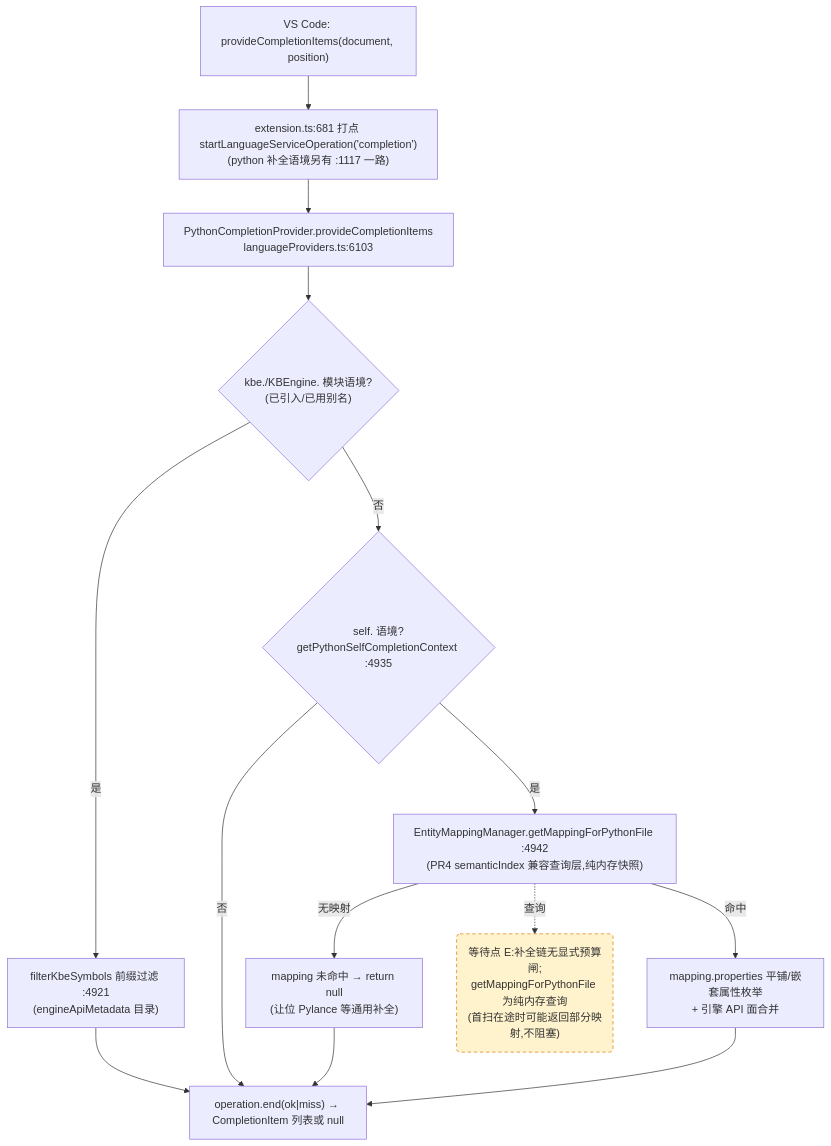
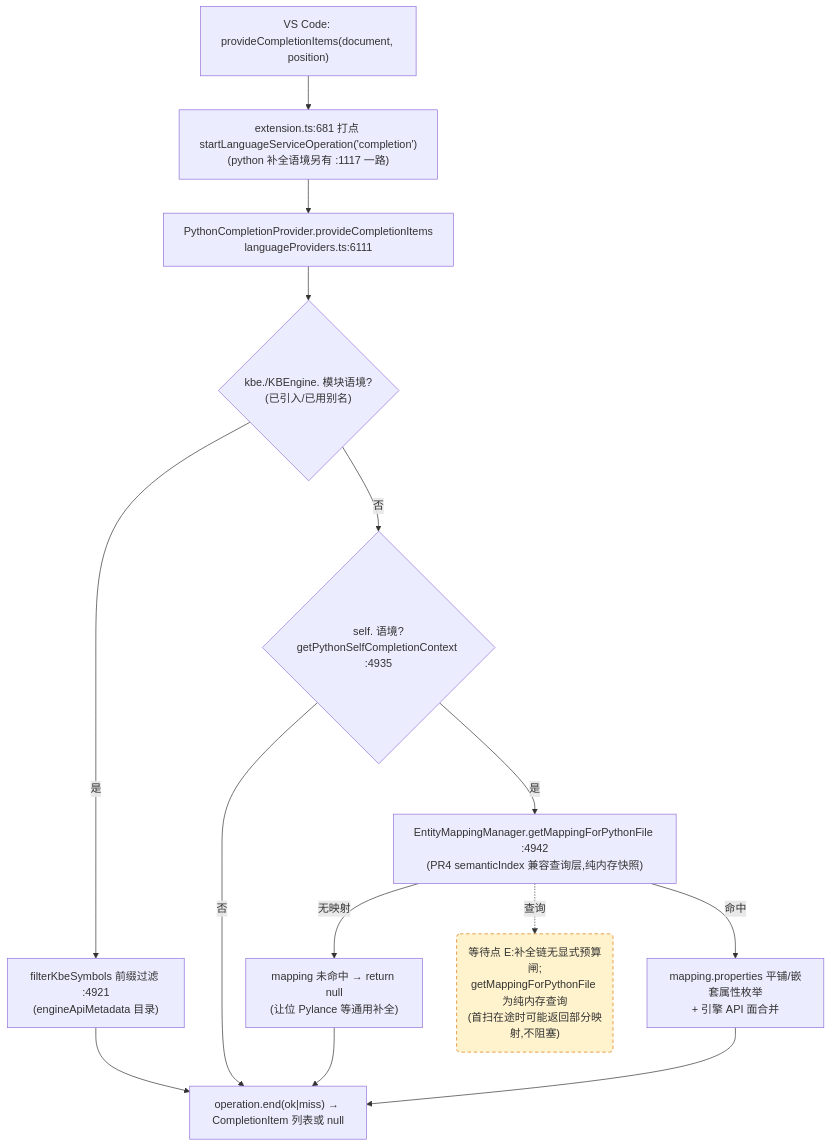
The third of 4 diagrams in docs/perf/2026-baseline.md (cuihairu/kode), drawn with Mermaid before and after one commit. The commit also changed other lines of this file and 4 other files, not shown here.

````diff
--- a/docs/perf/2026-baseline.md
+++ b/docs/perf/2026-baseline.md
@@ -184,27 +184,27 @@
 ```mermaid
 flowchart TD
   VC3["VS Code: provideCompletionItems(document, position)"]
   M3["extension.ts:681 打点 startLanguageServiceOperation('completion')<br/>(python 补全语境另有 :1117 一路)"]
-  CP["PythonCompletionProvider.provideCompletionItems<br/>languageProviders.ts:6103"]
+  CP["PythonCompletionProvider.provideCompletionItems<br/>languageProviders.ts:6111"]
   KBEC{"kbe./KBEngine. 模块语境?<br/>(已引入/已用别名)"}
   FILTER["filterKbeSymbols 前缀过滤 :4921<br/>(engineApiMetadata 目录)"]
   SELFC{"self. 语境?<br/>getPythonSelfCompletionContext :4935"}
   MAP["EntityMappingManager.getMappingForPythonFile :4942<br/>(PR4 semanticIndex 兼容查询层,纯内存快照)"]
   NOMAP["mapping 未命中 → return null<br/>(让位 Pylance 等通用补全)"]
   PROPS["mapping.properties 平铺/嵌套属性枚举<br/>+ 引擎 API 面合并"]
   END3["operation.end(ok|miss) → CompletionItem 列表或 null"]
 
   VC3 --> M3 --> CP --> KBEC
   KBEC -- "是" --> FILTER --> END3
   KBEC -- "否" --> SELFC
   SELFC -- "否" --> END3
   SELFC -- "是" --> MAP
   MAP -- "无映射" --> NOMAP --> END3
   MAP -- "命中" --> PROPS --> END3
 
   WAITE("等待点 E:补全链无显式预算闸;<br/>getMappingForPythonFile 为纯内存查询<br/>(首扫在途时可能返回部分映射,不阻塞)")
   MAP -.->|查询| WAITE
 
   classDef waitPoint fill:#fff3cd,stroke:#d97706,stroke-dasharray:5 4;
   class WAITE waitPoint;
 ```
````
